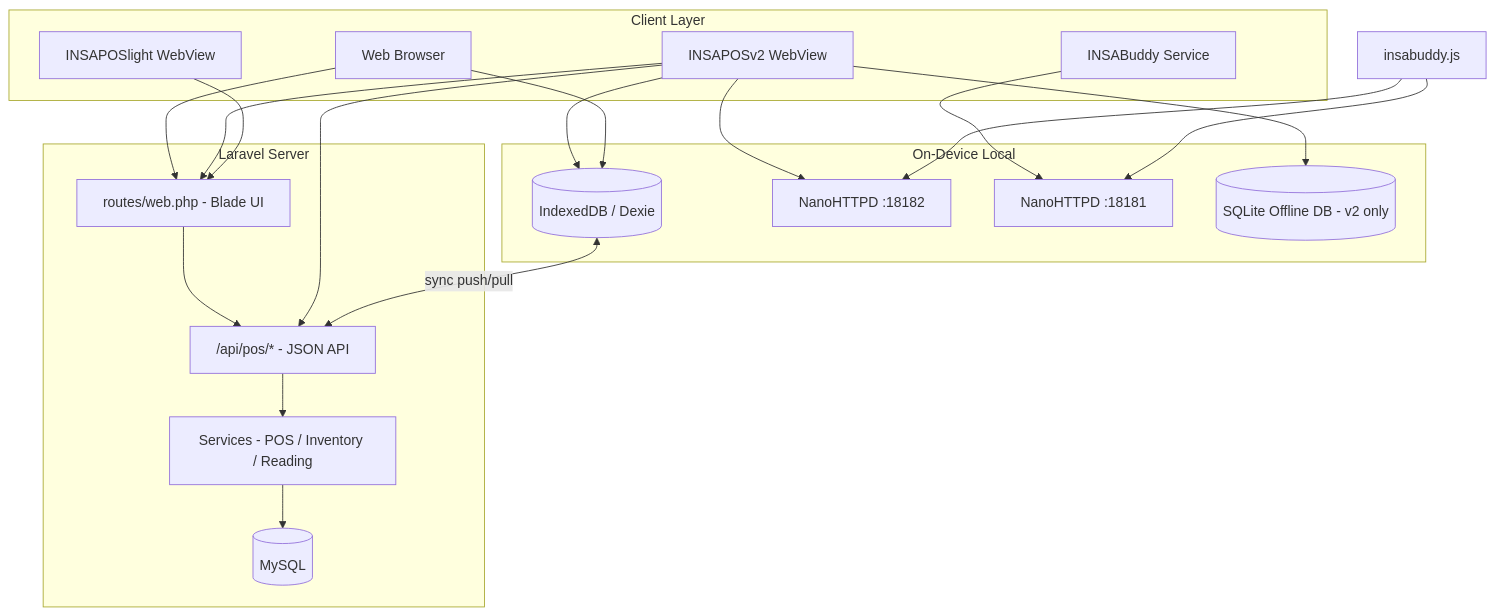
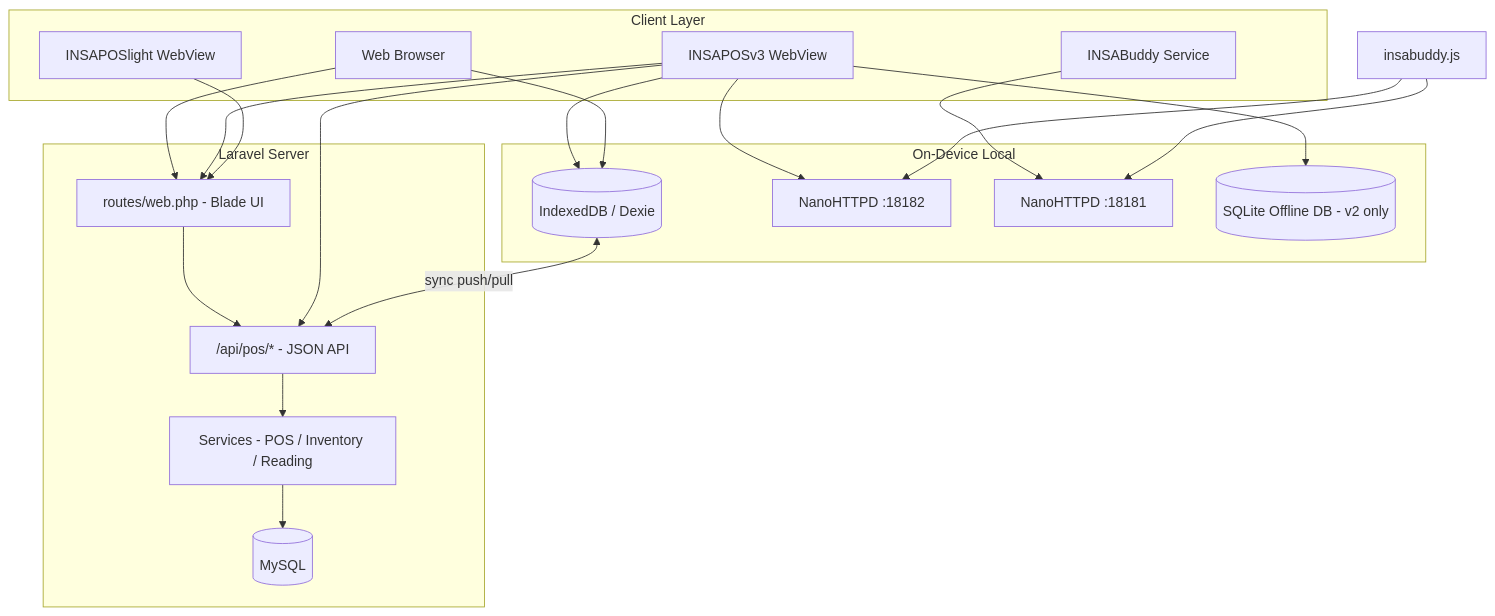
The diagram in docs/INSA_POS_System_Report.md (gebstechnologies0109a/insa-pos-rewards), drawn with Mermaid before and after one commit. The commit also changed other lines of this file and 17 other files, not shown here.

````diff
--- a/docs/INSA_POS_System_Report.md
+++ b/docs/INSA_POS_System_Report.md
@@ -151,38 +151,38 @@
 ```mermaid
 flowchart TB
     subgraph clients [Client Layer]
         Browser[Web Browser]
-        V2[INSAPOSv2 WebView]
+        V2[INSAPOSv3 WebView]
         Lite[INSAPOSlight WebView]
         Buddy[INSABuddy Service]
     end
 
     subgraph local [On-Device Local]
         IDB[(IndexedDB / Dexie)]
         V2Srv[NanoHTTPD :18182]
         BuddySrv[NanoHTTPD :18181]
         V2DB[(SQLite Offline DB - v2 only)]
     end
 
     subgraph server [Laravel Server]
         Web[routes/web.php - Blade UI]
         API["/api/pos/* - JSON API"]
         Svc[Services - POS / Inventory / Reading]
         DB[(MySQL)]
     end
 
     Browser --> Web
     V2 --> Web
     Lite --> Web
     V2 --> IDB
     Browser --> IDB
     V2 --> V2Srv
     V2 --> V2DB
     Buddy --> BuddySrv
     Web --> API
     V2 --> API
     API --> Svc --> DB
     IDB <-->|sync push/pull| API
     insabuddy.js --> V2Srv
     insabuddy.js --> BuddySrv
 ```
````
